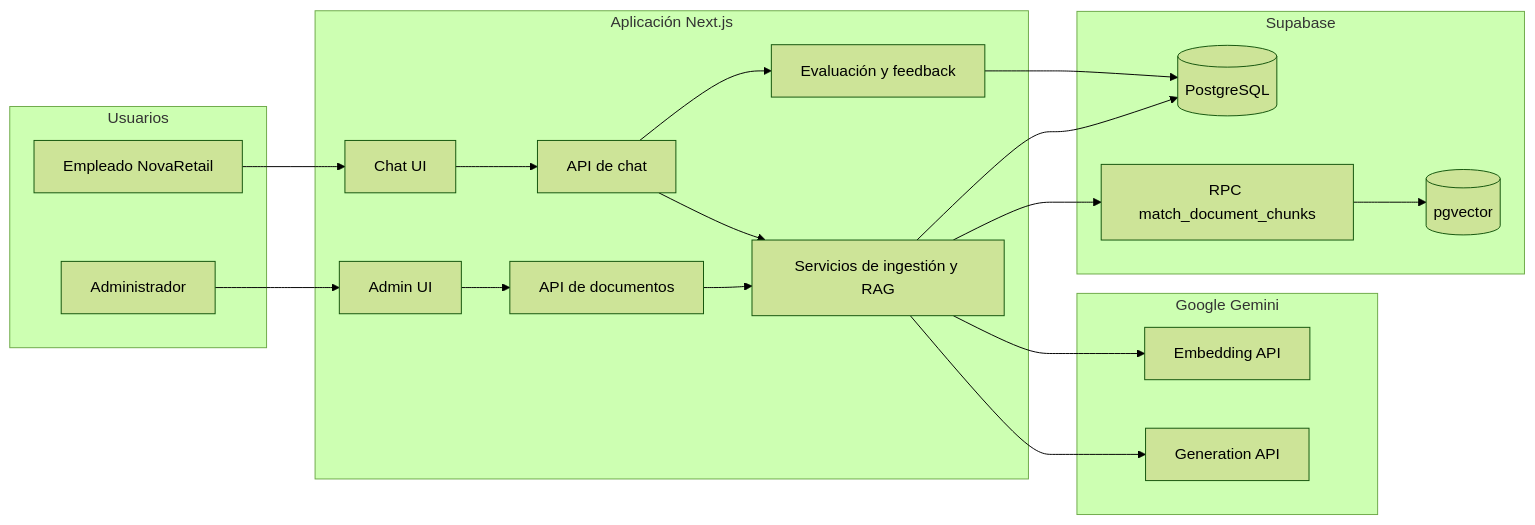
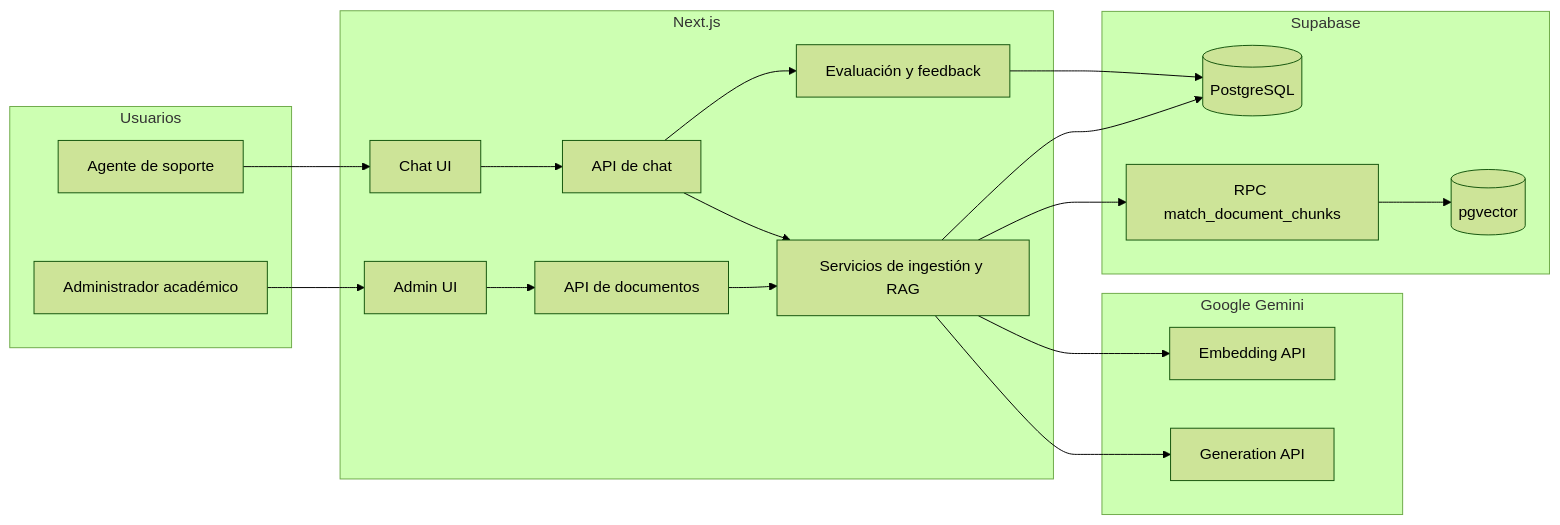
Before and after one commit to silviobig96/mercado-libre-knowledge-assistant: the second of 2 diagrams in docs/actividad-4-integracion-empresarial.md, drawn with Mermaid (forest theme). The commit also changed other lines of this file and 35 other files, not shown here.

````diff
--- a/docs/actividad-4-integracion-empresarial.md
+++ b/docs/actividad-4-integracion-empresarial.md
@@ -206,41 +181,35 @@
 ```mermaid
 flowchart LR
     subgraph Usuarios
-        A[Administrador]
-        B[Empleado NovaRetail]
+        A["Administrador académico"]
+        B["Agente de soporte"]
     end
 
-    subgraph Aplicacion["Aplicación Next.js"]
-        C[Admin UI]
-        D[Chat UI]
-        E[API de documentos]
-        F[API de chat]
-        G[Servicios de ingestión y RAG]
-        H[Evaluación y feedback]
+    subgraph Aplicacion["Next.js"]
+        C["Admin UI"]
+        D["Chat UI"]
+        E["API de documentos"]
+        F["API de chat"]
+        G["Servicios de ingestión y RAG"]
+        H["Evaluación y feedback"]
     end
 
-    subgraph Google["Google Gemini"]
-        I[Embedding API]
-        J[Generation API]
+    subgraph Gemini["Google Gemini"]
+        I["Embedding API"]
+        J["Generation API"]
     end
 
-    subgraph Supabase["Supabase"]
-        K[(PostgreSQL)]
-        L[(pgvector)]
-        M[RPC match_document_chunks]
+    subgraph Datos["Supabase"]
+        K[("PostgreSQL")]
+        L[("pgvector")]
+        M["RPC match_document_chunks"]
     end
 
-    A --> C
-    B --> D
-    C --> E
-    D --> F
-    E --> G
-    F --> G
+    A --> C --> E --> G
+    B --> D --> F --> G
     G --> I
     G --> J
     G --> K
-    G --> M
-    M --> L
-    F --> H
-    H --> K
+    G --> M --> L
+    F --> H --> K
 ```
````
